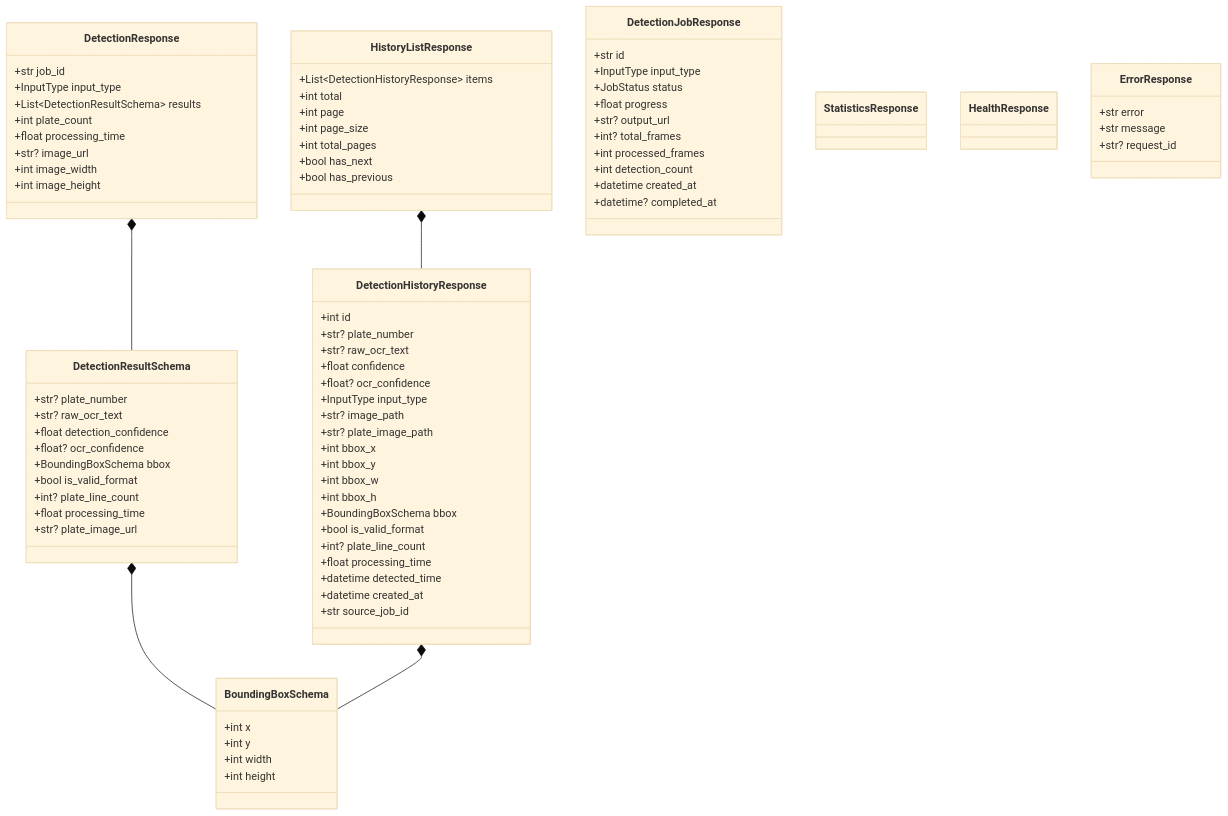
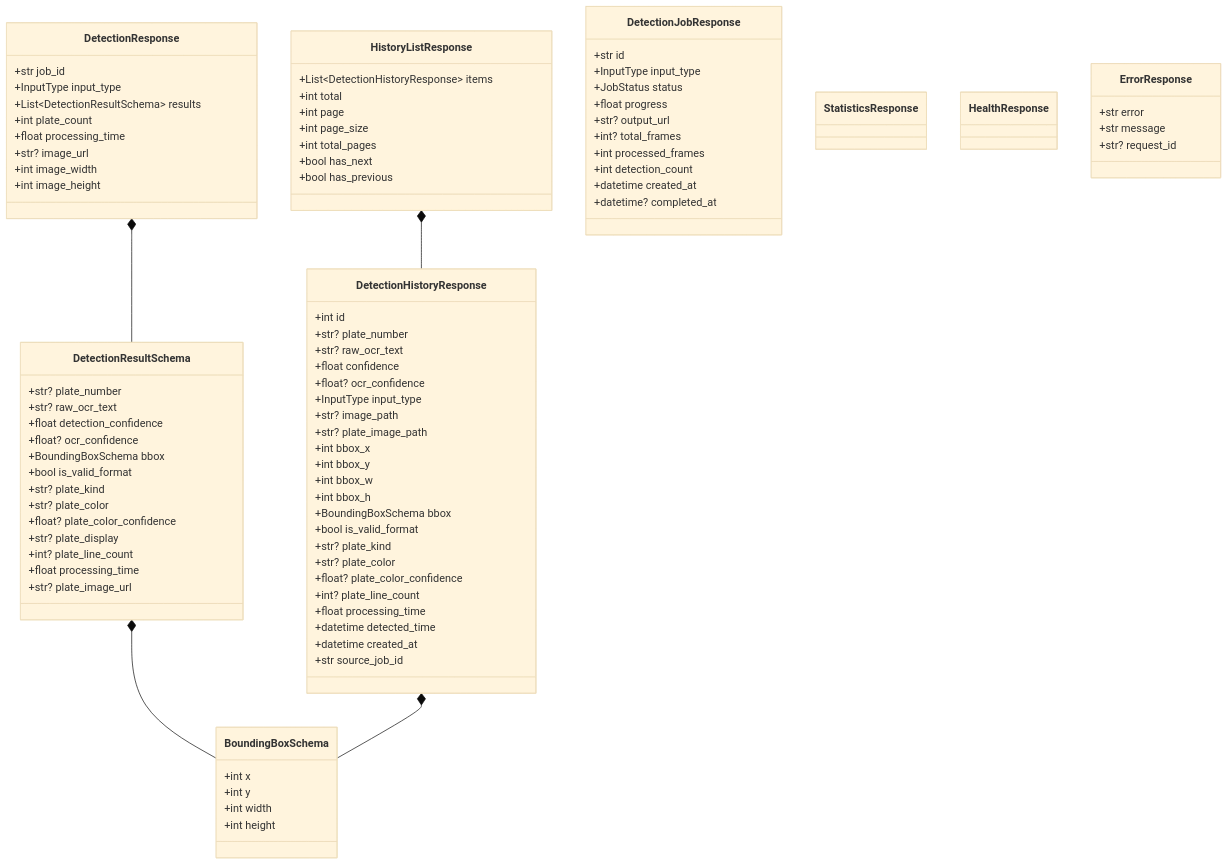
The second of 8 diagrams in docs/manuals/api-documentation.md (hieunguyen2604/alpr-do-an-mon-hoc), drawn with Mermaid (base theme) before and after one commit. The commit also changed other lines of this file and 67 other files, not shown here.

```diff
--- a/docs/manuals/api-documentation.md
+++ b/docs/manuals/api-documentation.md
@@ -856,6 +891,10 @@
         +float? ocr_confidence
         +BoundingBoxSchema bbox
         +bool is_valid_format
+        +str? plate_kind
+        +str? plate_color
+        +float? plate_color_confidence
+        +str? plate_display
         +int? plate_line_count
         +float processing_time
         +str? plate_image_url
@@ -881,6 +920,9 @@
         +int bbox_h
         +BoundingBoxSchema bbox
         +bool is_valid_format
+        +str? plate_kind
+        +str? plate_color
+        +float? plate_color_confidence
         +int? plate_line_count
         +float processing_time
         +datetime detected_time
```
